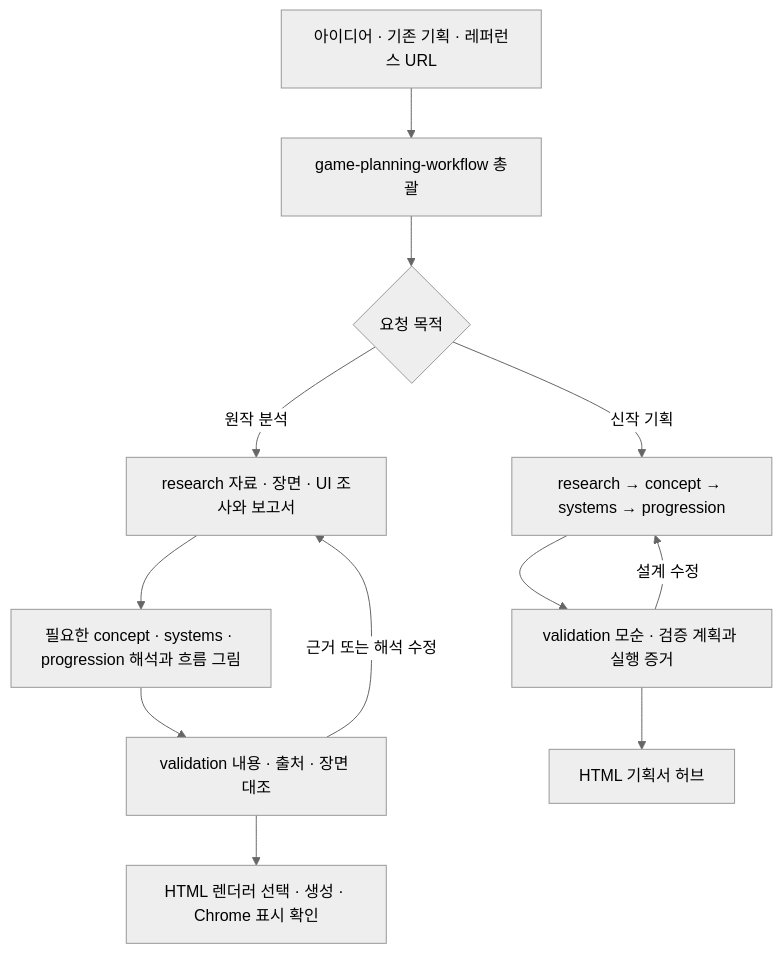
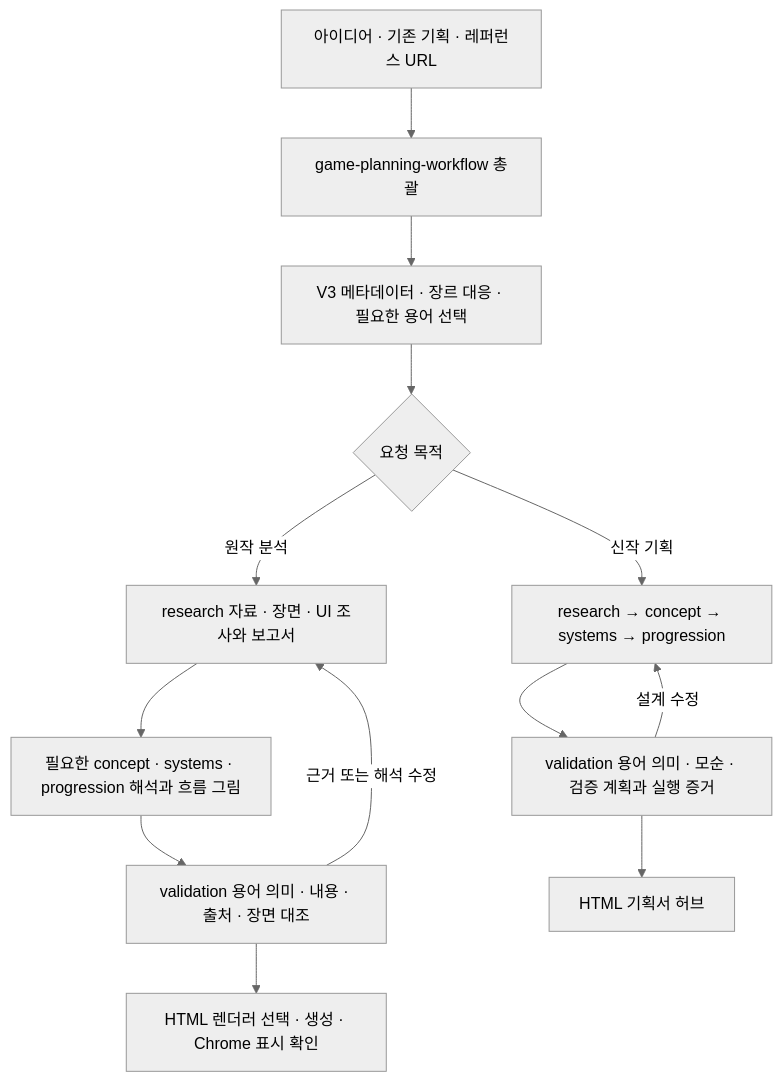
One commit to harness-subdev/harness-game-planning changed the diagram in README.md. Above: the diagram before and after it, drawn with Mermaid (neutral theme). The commit also changed other lines of this file, not shown here.

````diff
--- a/README.md
+++ b/README.md
@@ -42,14 +72,15 @@
 ```mermaid
 flowchart TD
   A[아이디어 · 기존 기획 · 레퍼런스 URL] --> O[game-planning-workflow 총괄]
-  O --> M{요청 목적}
+  O --> D[V3 메타데이터 · 장르 대응 · 필요한 용어 선택]
+  D --> M{요청 목적}
   M -->|원작 분석| R[research 자료 · 장면 · UI 조사와 보고서]
   R --> I[필요한 concept · systems · progression 해석과 흐름 그림]
-  I --> V[validation 내용 · 출처 · 장면 대조]
+  I --> V[validation 용어 의미 · 내용 · 출처 · 장면 대조]
   V --> H[HTML 렌더러 선택 · 생성 · Chrome 표시 확인]
   V -->|근거 또는 해석 수정| R
   M -->|신작 기획| N[research → concept → systems → progression]
-  N --> T[validation 모순 · 검증 계획과 실행 증거]
+  N --> T[validation 용어 의미 · 모순 · 검증 계획과 실행 증거]
   T --> J[HTML 기획서 허브]
   T -->|설계 수정| N
 ```
````
